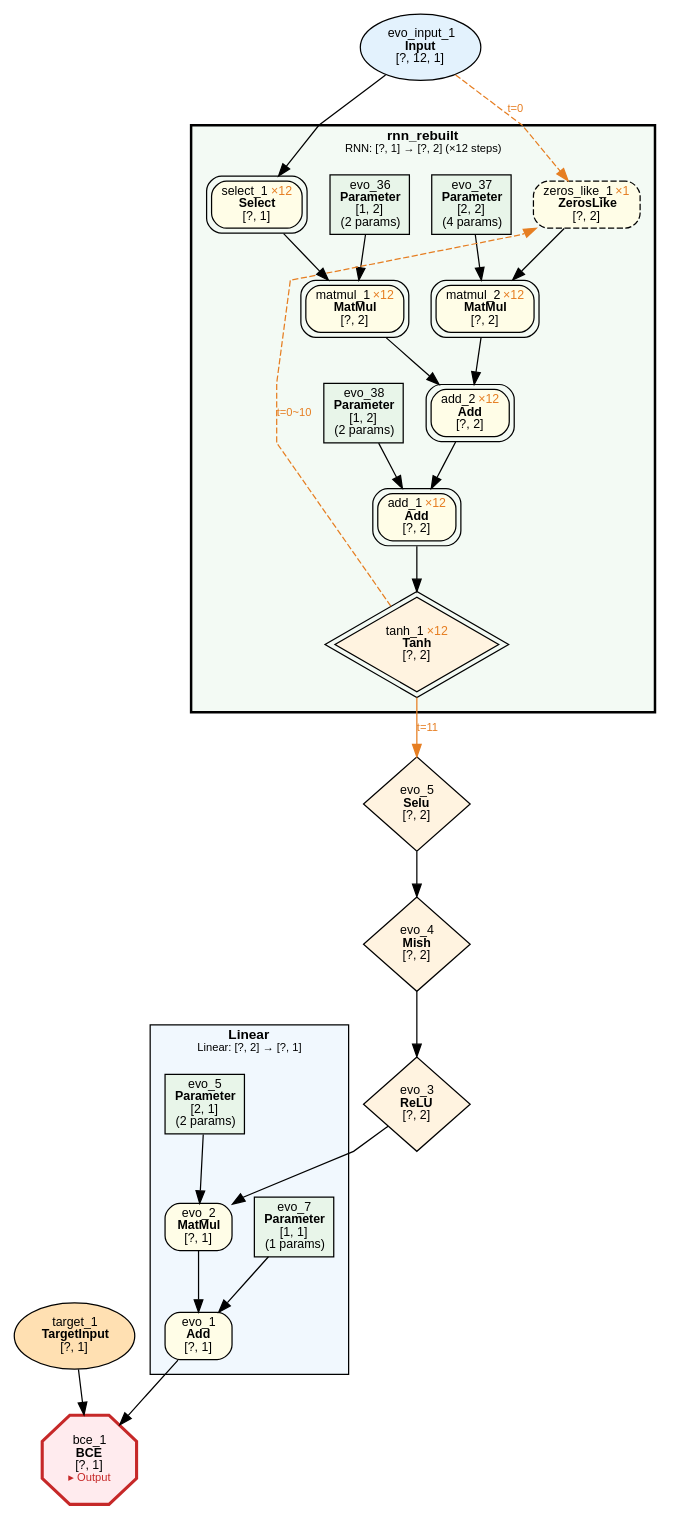
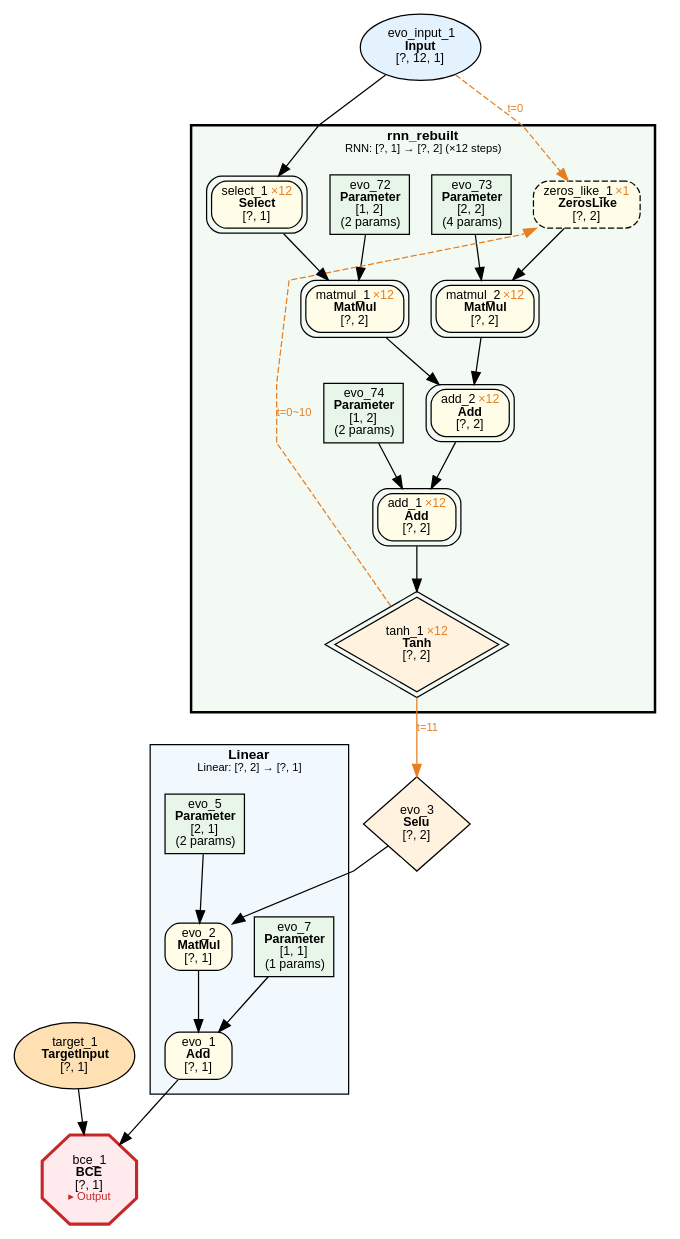
The diagram in examples/evolution/parity_seq_var_len/evolution_parity_seq_var_len.dot (dbsxdbsx/only_torch), drawn with Graphviz before and after one commit. The commit also changed 7 other files, not shown here.

```diff
--- a/examples/evolution/parity_seq_var_len/evolution_parity_seq_var_len.dot
+++ b/examples/evolution/parity_seq_var_len/evolution_parity_seq_var_len.dot
@@ -1,70 +1,66 @@
 digraph ComputeGraph {
     rankdir=TB;
     newrank=true;
     splines=polyline;
     node [fontname="Microsoft YaHei,SimHei,Arial"];
     edge [fontname="Microsoft YaHei,SimHei,Arial"];
 
     subgraph cluster_group_linear_1 {
         label=<<B>Linear</B><BR/><FONT POINT-SIZE="9">Linear: [?, 2] → [?, 1]</FONT>>;
         style=filled;
         fillcolor="#E3F2FD80";
         fontname="Microsoft YaHei,SimHei,Arial";
         fontsize=11;
         margin=12;
             "2" [label=<evo_1<BR/><B>Add</B><BR/>[?, 1]> shape=box style="filled,rounded" fillcolor="#FFFDE7" fontsize=10];
             "4" [label=<evo_2<BR/><B>MatMul</B><BR/>[?, 1]> shape=box style="filled,rounded" fillcolor="#FFFDE7" fontsize=10];
             "5" [label=<evo_7<BR/><B>Parameter</B><BR/>[1, 1]<BR/>(1 params)> shape=box style=filled fillcolor="#E8F5E9" fontsize=10];
             "7" [label=<evo_5<BR/><B>Parameter</B><BR/>[2, 1]<BR/>(2 params)> shape=box style=filled fillcolor="#E8F5E9" fontsize=10];
     }
 
     subgraph cluster_group_rnn_0 {
         label=<<B>rnn_rebuilt</B><BR/><FONT POINT-SIZE="9">RNN: [?, 1] → [?, 2] (×12 steps)</FONT>>;
         style="filled,bold";
         peripheries=3;
         penwidth=2;
         fillcolor="#E8F5E980";
         fontname="Microsoft YaHei,SimHei,Arial";
         fontsize=11;
         margin=12;
-            "10" [label=<evo_38<BR/><B>Parameter</B><BR/>[1, 2]<BR/>(2 params)> shape=box style=filled fillcolor="#E8F5E9" fontsize=10];
-            "11" [label=<evo_36<BR/><B>Parameter</B><BR/>[1, 2]<BR/>(2 params)> shape=box style=filled fillcolor="#E8F5E9" fontsize=10];
-            "12" [label=<evo_37<BR/><B>Parameter</B><BR/>[2, 2]<BR/>(4 params)> shape=box style=filled fillcolor="#E8F5E9" fontsize=10];
-            "14" [label=<tanh_1 <FONT COLOR="#E67E22">×12</FONT><BR/><B>Tanh</B><BR/>[?, 2]> shape=diamond style=filled fillcolor="#FFF3E0" fontsize=10 peripheries=2];
-            "15" [label=<add_1 <FONT COLOR="#E67E22">×12</FONT><BR/><B>Add</B><BR/>[?, 2]> shape=box style="filled,rounded" fillcolor="#FFFDE7" fontsize=10 peripheries=2];
-            "16" [label=<add_2 <FONT COLOR="#E67E22">×12</FONT><BR/><B>Add</B><BR/>[?, 2]> shape=box style="filled,rounded" fillcolor="#FFFDE7" fontsize=10 peripheries=2];
-            "17" [label=<matmul_1 <FONT COLOR="#E67E22">×12</FONT><BR/><B>MatMul</B><BR/>[?, 2]> shape=box style="filled,rounded" fillcolor="#FFFDE7" fontsize=10 peripheries=2];
-            "18" [label=<matmul_2 <FONT COLOR="#E67E22">×12</FONT><BR/><B>MatMul</B><BR/>[?, 2]> shape=box style="filled,rounded" fillcolor="#FFFDE7" fontsize=10 peripheries=2];
-            "19" [label=<select_1 <FONT COLOR="#E67E22">×12</FONT><BR/><B>Select</B><BR/>[?, 1]> shape=box style="filled,rounded" fillcolor="#FFFDE7" fontsize=10 peripheries=2];
-            "20" [label=<zeros_like_1 <FONT COLOR="#E67E22">×1</FONT><BR/><B>ZerosLike</B><BR/>[?, 2]> shape=box style="filled,rounded,dashed" fillcolor="#FFFDE7" fontsize=10];
+            "8" [label=<evo_74<BR/><B>Parameter</B><BR/>[1, 2]<BR/>(2 params)> shape=box style=filled fillcolor="#E8F5E9" fontsize=10];
+            "9" [label=<evo_72<BR/><B>Parameter</B><BR/>[1, 2]<BR/>(2 params)> shape=box style=filled fillcolor="#E8F5E9" fontsize=10];
+            "10" [label=<evo_73<BR/><B>Parameter</B><BR/>[2, 2]<BR/>(4 params)> shape=box style=filled fillcolor="#E8F5E9" fontsize=10];
+            "12" [label=<tanh_1 <FONT COLOR="#E67E22">×12</FONT><BR/><B>Tanh</B><BR/>[?, 2]> shape=diamond style=filled fillcolor="#FFF3E0" fontsize=10 peripheries=2];
+            "13" [label=<add_1 <FONT COLOR="#E67E22">×12</FONT><BR/><B>Add</B><BR/>[?, 2]> shape=box style="filled,rounded" fillcolor="#FFFDE7" fontsize=10 peripheries=2];
+            "14" [label=<add_2 <FONT COLOR="#E67E22">×12</FONT><BR/><B>Add</B><BR/>[?, 2]> shape=box style="filled,rounded" fillcolor="#FFFDE7" fontsize=10 peripheries=2];
+            "15" [label=<matmul_1 <FONT COLOR="#E67E22">×12</FONT><BR/><B>MatMul</B><BR/>[?, 2]> shape=box style="filled,rounded" fillcolor="#FFFDE7" fontsize=10 peripheries=2];
+            "16" [label=<matmul_2 <FONT COLOR="#E67E22">×12</FONT><BR/><B>MatMul</B><BR/>[?, 2]> shape=box style="filled,rounded" fillcolor="#FFFDE7" fontsize=10 peripheries=2];
+            "17" [label=<select_1 <FONT COLOR="#E67E22">×12</FONT><BR/><B>Select</B><BR/>[?, 1]> shape=box style="filled,rounded" fillcolor="#FFFDE7" fontsize=10 peripheries=2];
+            "18" [label=<zeros_like_1 <FONT COLOR="#E67E22">×1</FONT><BR/><B>ZerosLike</B><BR/>[?, 2]> shape=box style="filled,rounded,dashed" fillcolor="#FFFDE7" fontsize=10];
     }
 
     "1" [label=<bce_1<BR/><B>BCE</B><BR/>[?, 1]<BR/><FONT COLOR="#C62828" POINT-SIZE="9">▸ Output</FONT>> shape=octagon style=filled fillcolor="#FFEBEE" fontsize=10 penwidth=2.5 color="#C62828"];
     "3" [label=<target_1<BR/><B>TargetInput</B><BR/>[?, 1]> shape=ellipse style=filled fillcolor="#FFE0B2" fontsize=10];
-    "6" [label=<evo_3<BR/><B>ReLU</B><BR/>[?, 2]> shape=diamond style=filled fillcolor="#FFF3E0" fontsize=10];
-    "8" [label=<evo_4<BR/><B>Mish</B><BR/>[?, 2]> shape=diamond style=filled fillcolor="#FFF3E0" fontsize=10];
-    "9" [label=<evo_5<BR/><B>Selu</B><BR/>[?, 2]> shape=diamond style=filled fillcolor="#FFF3E0" fontsize=10];
-    "13" [label=<evo_input_1<BR/><B>Input</B><BR/>[?, 12, 1]> shape=ellipse style=filled fillcolor="#E3F2FD" fontsize=10];
+    "6" [label=<evo_3<BR/><B>Selu</B><BR/>[?, 2]> shape=diamond style=filled fillcolor="#FFF3E0" fontsize=10];
+    "11" [label=<evo_input_1<BR/><B>Input</B><BR/>[?, 12, 1]> shape=ellipse style=filled fillcolor="#E3F2FD" fontsize=10];
 
     "2" -> "1";
     "3" -> "1";
     "4" -> "2";
     "5" -> "2";
     "6" -> "4";
     "7" -> "4";
-    "8" -> "6";
-    "9" -> "8";
-    "14" -> "9" [ color="#E67E22" label=<t=11> fontcolor="#E67E22" fontsize=9];
+    "12" -> "6" [ color="#E67E22" label=<t=11> fontcolor="#E67E22" fontsize=9];
+    "13" -> "12";
+    "14" -> "13";
+    "8" -> "13";
     "15" -> "14";
-    "16" -> "15";
-    "10" -> "15";
-    "17" -> "16";
+    "16" -> "14";
+    "17" -> "15";
+    "9" -> "15";
     "18" -> "16";
-    "19" -> "17";
+    "10" -> "16";
     "11" -> "17";
-    "20" -> "18";
-    "12" -> "18";
-    "13" -> "19";
-    "13" -> "20" [ style=dashed color="#E67E22" label=<t=0> fontcolor="#E67E22" fontsize=9];
-    "14" -> "20" [style=dashed color="#E67E22" label=<t=0~10> fontcolor="#E67E22" fontsize=9 constraint=false];
+    "11" -> "18" [ style=dashed color="#E67E22" label=<t=0> fontcolor="#E67E22" fontsize=9];
+    "12" -> "18" [style=dashed color="#E67E22" label=<t=0~10> fontcolor="#E67E22" fontsize=9 constraint=false];
 }
```
